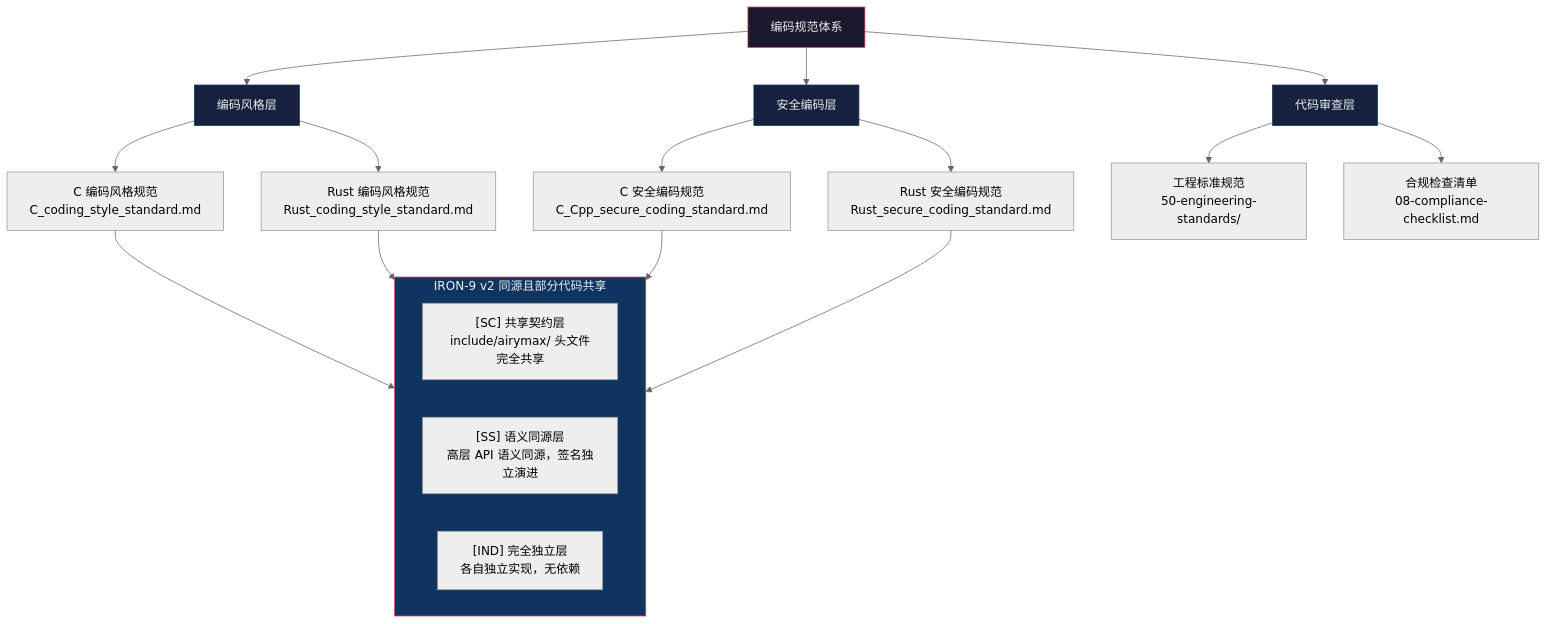
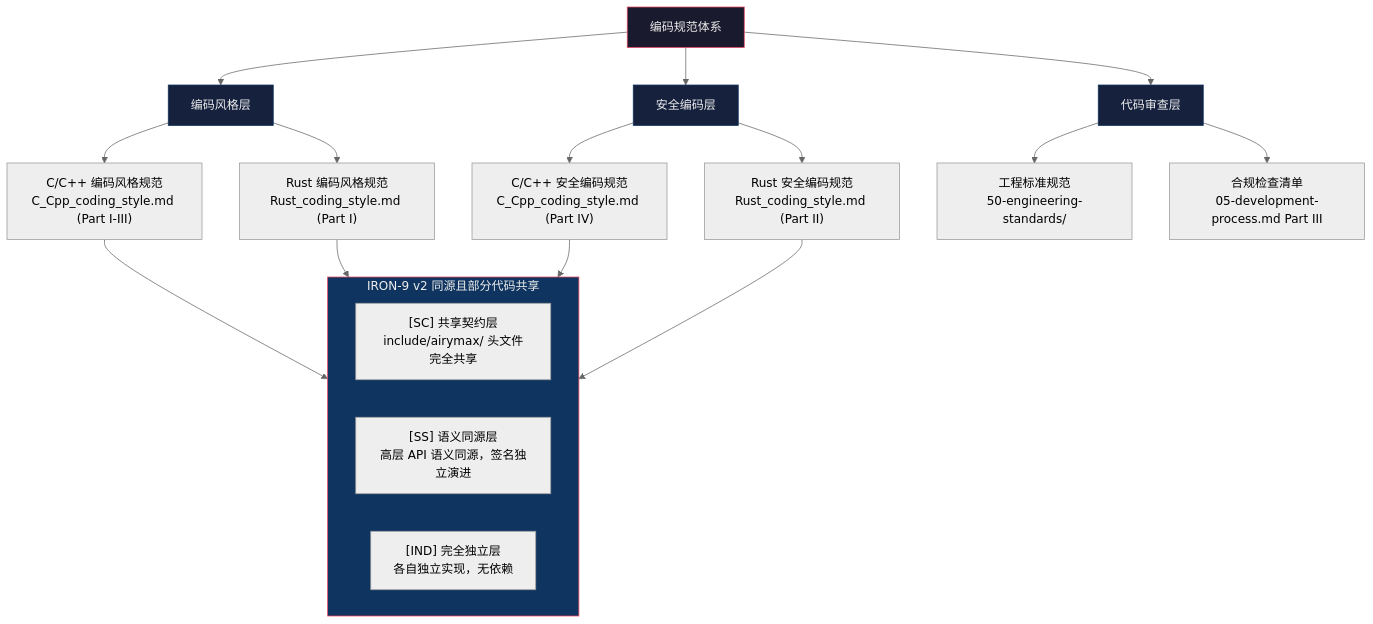
Before and after one commit to SpharxTeam/Docs: the first of 2 diagrams in AirymaxOS/50-engineering-standards/10-coding-style/README.md, drawn with Mermaid (neutral theme). The commit also changed other lines of this file and 217 other files, not shown here.

````diff
--- a/AirymaxOS/50-engineering-standards/10-coding-style/README.md
+++ b/AirymaxOS/50-engineering-standards/10-coding-style/README.md
@@ -51,32 +54,32 @@
 ```mermaid
 graph TD
     A["编码规范体系"] --> B["编码风格层"]
     A --> C["安全编码层"]
     A --> D["代码审查层"]
 
-    B --> B1["C 编码风格规范<br/>C_coding_style_standard.md"]
-    B --> B2["Rust 编码风格规范<br/>Rust_coding_style_standard.md"]
+    B --> B1["C/C++ 编码风格规范<br/>C_Cpp_coding_style.md (Part I-III)"]
+    B --> B2["Rust 编码风格规范<br/>Rust_coding_style.md (Part I)"]
 
-    C --> C1["C 安全编码规范<br/>C_Cpp_secure_coding_standard.md"]
-    C --> C2["Rust 安全编码规范<br/>Rust_secure_coding_standard.md"]
+    C --> C1["C/C++ 安全编码规范<br/>C_Cpp_coding_style.md (Part IV)"]
+    C --> C2["Rust 安全编码规范<br/>Rust_coding_style.md (Part II)"]
 
     D --> D1["工程标准规范<br/>50-engineering-standards/"]
-    D --> D2["合规检查清单<br/>08-compliance-checklist.md"]
+    D --> D2["合规检查清单<br/>05-development-process.md Part III"]
 
     B1 --> IRON["IRON-9 v2 三层模型"]
     B2 --> IRON
     C1 --> IRON
     C2 --> IRON
 
     subgraph IRON["IRON-9 v2 同源且部分代码共享"]
         SC["[SC] 共享契约层<br/>include/airymax/ 头文件完全共享"]
         SS["[SS] 语义同源层<br/>高层 API 语义同源，签名独立演进"]
         IND["[IND] 完全独立层<br/>各自独立实现，无依赖"]
     end
 
     style A fill:#1a1a2e,stroke:#e94560,color:#eee
     style B fill:#16213e,stroke:#0f3460,color:#eee
     style C fill:#16213e,stroke:#0f3460,color:#eee
     style D fill:#16213e,stroke:#0f3460,color:#eee
     style IRON fill:#0f3460,stroke:#e94560,color:#eee
 ```
````
